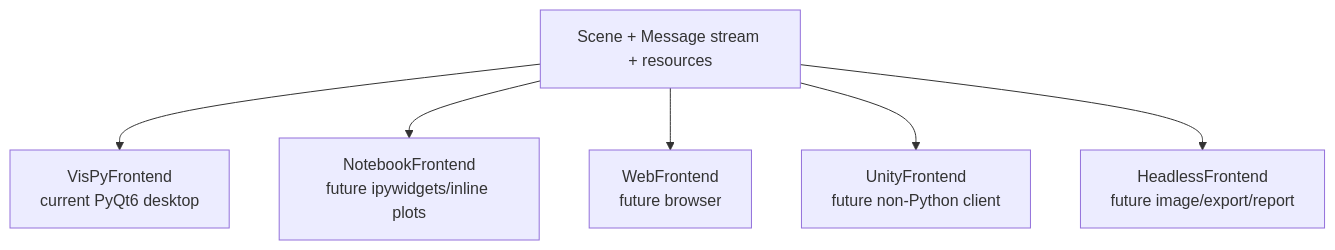
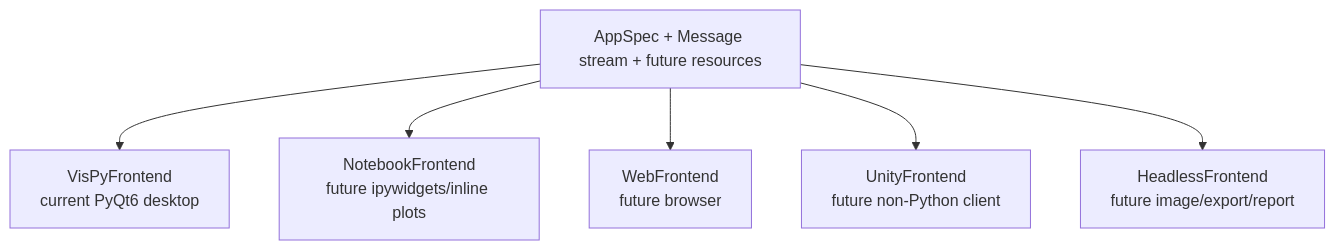
Diagram 13 of 19 in docs/architecture/design/proposals/backend-transport-frontend-proposal.md (orrenravid1/CompartmentalNeuronGUI), drawn with Mermaid before and after one commit. The commit also changed other lines of this file and 6 other files, not shown here.

````diff
--- a/docs/architecture/design/proposals/backend-transport-frontend-proposal.md
+++ b/docs/architecture/design/proposals/backend-transport-frontend-proposal.md
@@ -1069,15 +1326,15 @@
 ```mermaid
 flowchart TD
-    SceneUpdates[Scene + Message stream + resources]
+    AppInput[AppSpec + Message stream + future resources]
     VisPy[VisPyFrontend<br/>current PyQt6 desktop]
     Notebook[NotebookFrontend<br/>future ipywidgets/inline plots]
     Web[WebFrontend<br/>future browser]
     Unity[UnityFrontend<br/>future non-Python client]
     Headless[HeadlessFrontend<br/>future image/export/report]
 
-    SceneUpdates --> VisPy
-    SceneUpdates --> Notebook
-    SceneUpdates --> Web
-    SceneUpdates --> Unity
-    SceneUpdates --> Headless
+    AppInput --> VisPy
+    AppInput --> Notebook
+    AppInput --> Web
+    AppInput --> Unity
+    AppInput --> Headless
 ```
````
